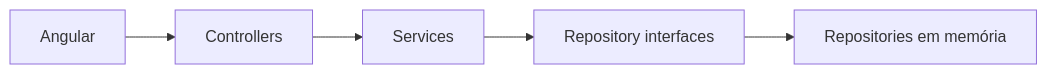
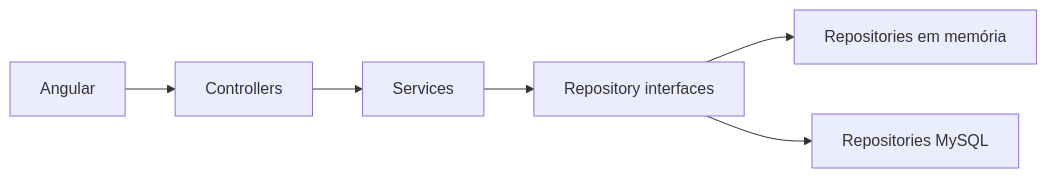
One commit to fulavio/Desafio-Fast changed the diagram in README.md. Above: the diagram before and after it, drawn with Mermaid. The commit also changed other lines of this file and 23 other files, not shown here.

````diff
--- a/README.md
+++ b/README.md
@@ -9,7 +9,8 @@
 ```mermaid
 flowchart LR
     UI["Angular"] --> C["Controllers"]
     C --> S["Services"]
     S --> R["Repository interfaces"]
     R --> M["Repositories em memória"]
+    R --> DB["Repositories MySQL"]
 ```
````
